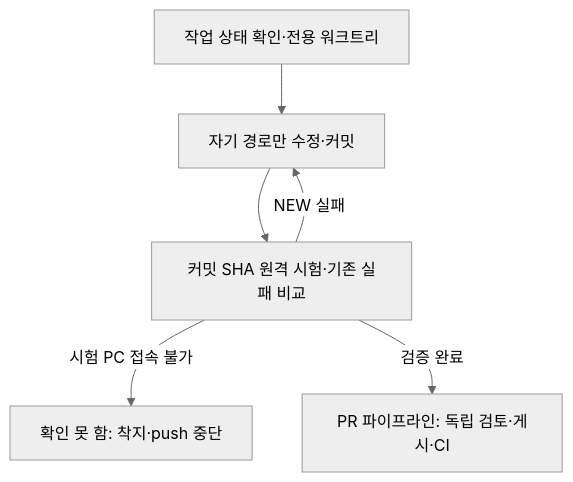
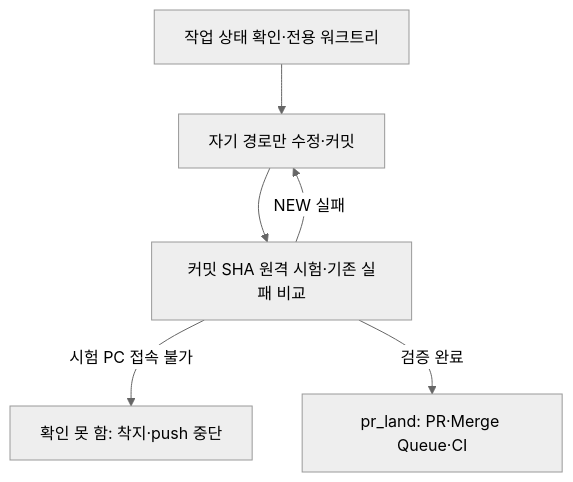
Before and after one commit to robotics-team-1213/rosy-platform: the diagram in docs/reference/shared-checkout.md, drawn with Mermaid (neutral theme). The commit also changed other lines of this file and 5 other files, not shown here.

````diff
--- a/docs/reference/shared-checkout.md
+++ b/docs/reference/shared-checkout.md
@@ -99,8 +97,8 @@
 ```mermaid
 flowchart TD
     tree["작업 상태 확인·전용 워크트리"] --> own["자기 경로만 수정·커밋"]
     own --> test["커밋 SHA 원격 시험·기존 실패 비교"]
     test -->|NEW 실패| own
     test -->|시험 PC 접속 불가| stop["확인 못 함: 착지·push 중단"]
-    test -->|검증 완료| pr["PR 파이프라인: 독립 검토·게시·CI"]
+    test -->|검증 완료| pr["pr_land: PR·Merge Queue·CI"]
 ```
````
